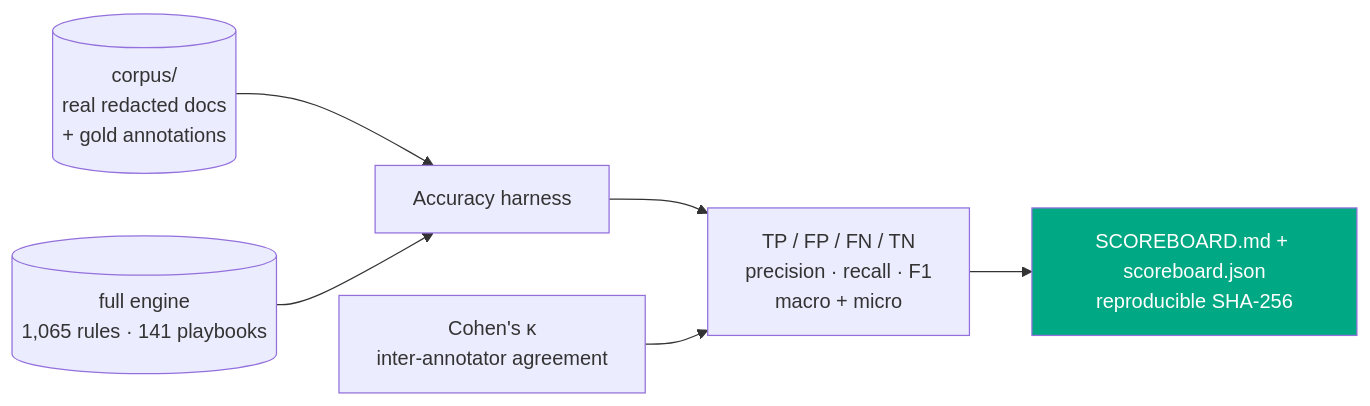
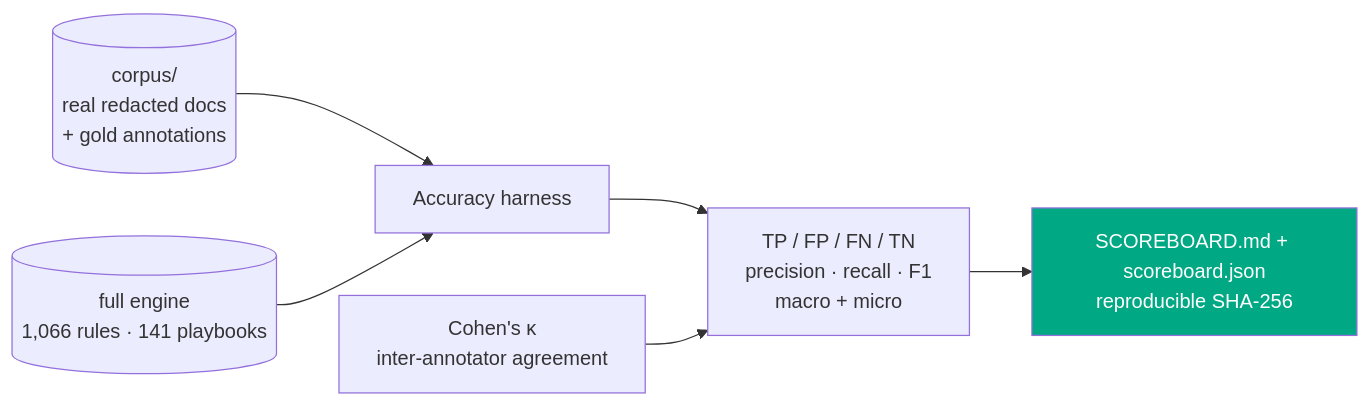
The seventh of 11 diagrams in README.md (clay-good/vaulytica), drawn with Mermaid before and after one commit. The commit also changed other lines of this file and 95 other files, not shown here.

````diff
--- a/README.md
+++ b/README.md
@@ -1204,9 +1204,9 @@
 ```mermaid
 flowchart LR
   C[(corpus/<br/>real redacted docs<br/>+ gold annotations)] --> H[Accuracy harness]
-  R[(full engine<br/>1,065 rules · 141 playbooks)] --> H
+  R[(full engine<br/>1,066 rules · 141 playbooks)] --> H
   H --> M[TP / FP / FN / TN<br/>precision · recall · F1<br/>macro + micro]
   M --> S[SCOREBOARD.md + scoreboard.json<br/>reproducible SHA-256]
   K[Cohen's κ<br/>inter-annotator agreement] --> M
   style S fill:#00A883,color:#fff
 ```
````
